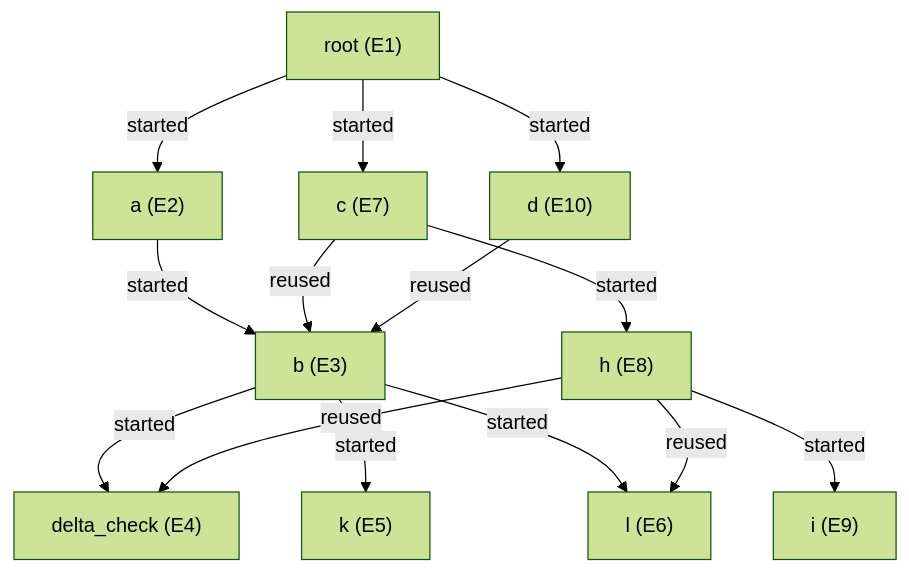
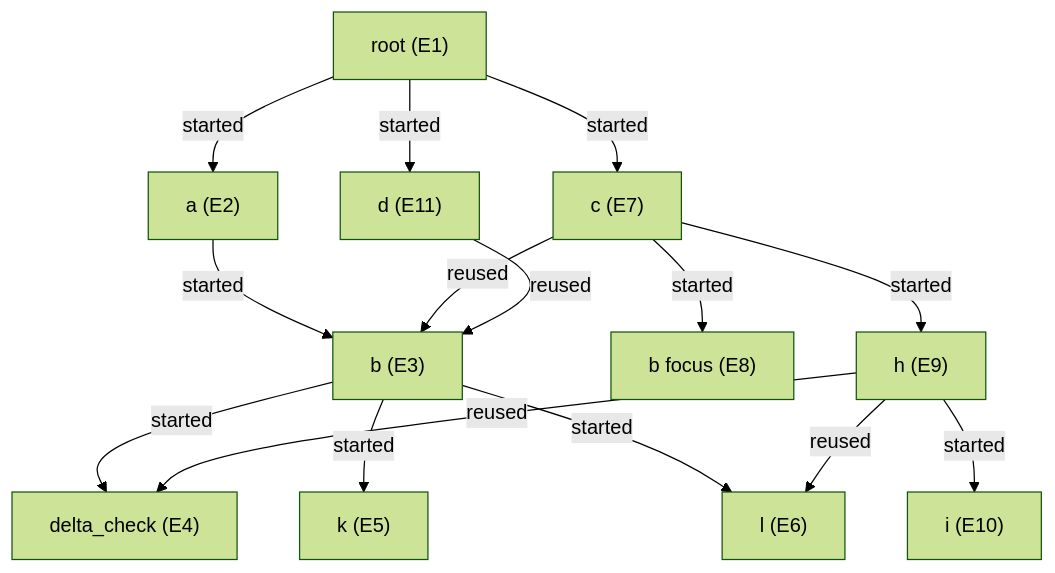
Before and after one commit to g-1f/harness: the diagram in examples/trajectories/scenario_b.md, drawn with Mermaid (forest theme). The commit also changed other lines of this file and 20 other files, not shown here.

````diff
--- a/examples/trajectories/scenario_b.md
+++ b/examples/trajectories/scenario_b.md
@@ -55,26 +57,28 @@
 ```mermaid
 flowchart TD
     E1["root (E1)"]
     E2["a (E2)"]
     E3["b (E3)"]
     E4["delta_check (E4)"]
     E5["k (E5)"]
     E6["l (E6)"]
     E7["c (E7)"]
-    E8["h (E8)"]
-    E9["i (E9)"]
-    E10["d (E10)"]
+    E8["b focus (E8)"]
+    E9["h (E9)"]
+    E10["i (E10)"]
+    E11["d (E11)"]
     E1 -->|started| E2
     E2 -->|started| E3
     E3 -->|started| E4
     E3 -->|started| E5
     E3 -->|started| E6
     E1 -->|started| E7
     E7 -->|reused| E3
     E7 -->|started| E8
-    E8 -->|reused| E4
-    E8 -->|reused| E6
-    E8 -->|started| E9
-    E1 -->|started| E10
-    E10 -->|reused| E3
+    E7 -->|started| E9
+    E9 -->|reused| E4
+    E9 -->|reused| E6
+    E9 -->|started| E10
+    E1 -->|started| E11
+    E11 -->|reused| E3
 ```
````
